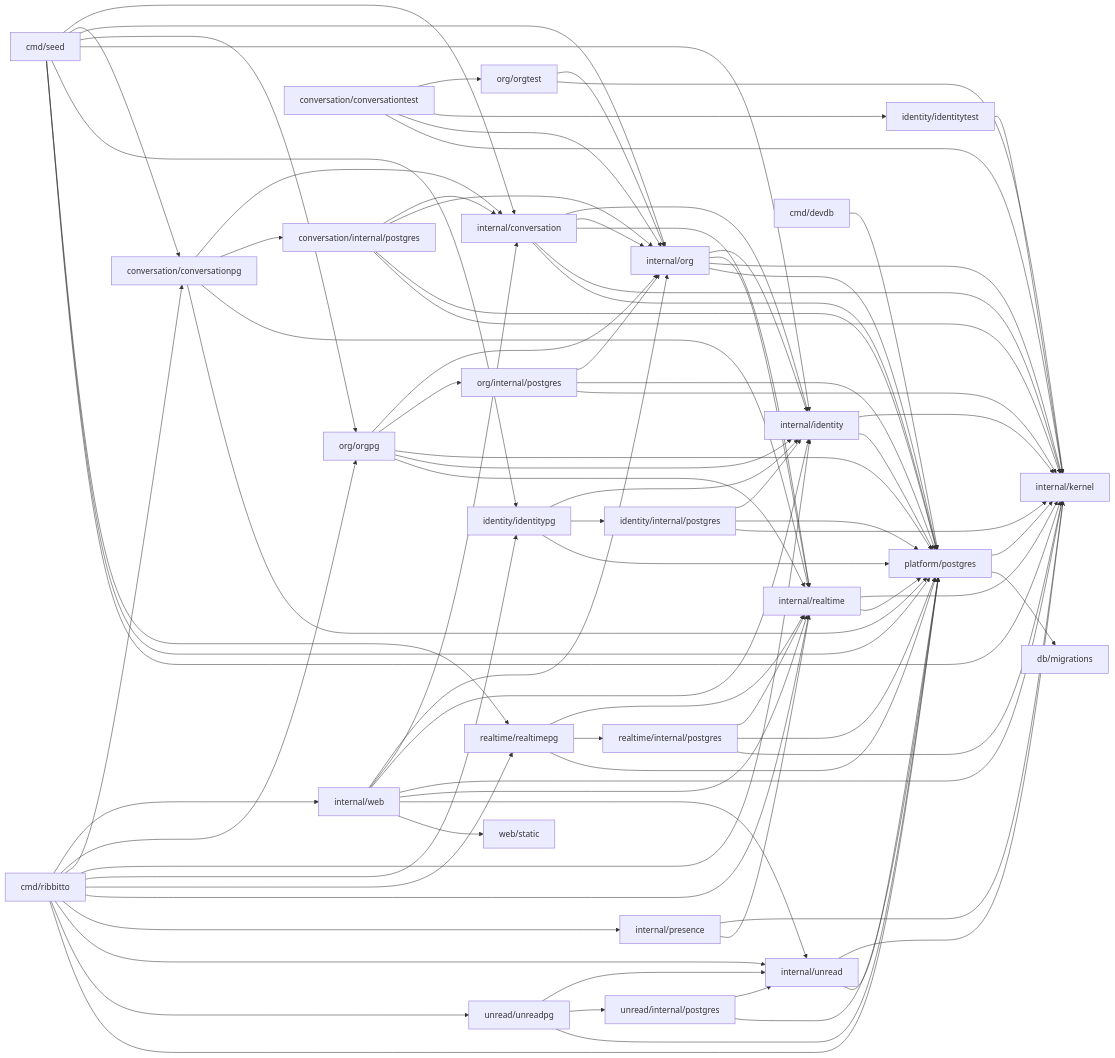
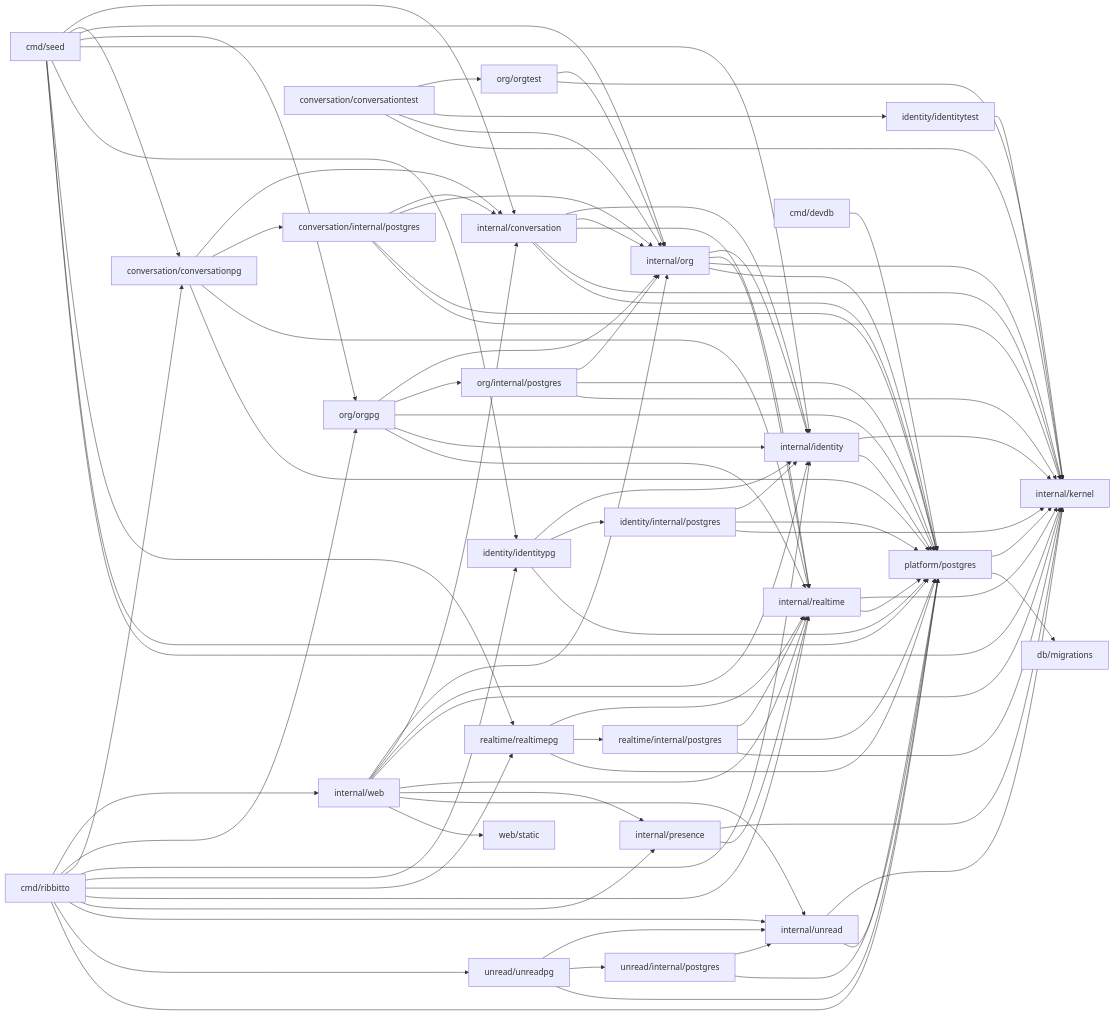
One commit to tkakkie/ribbitto changed the diagram in docs/architecture/packages.md. Above: the diagram before and after it, drawn with Mermaid. The commit also changed other lines of this file and 32 other files, not shown here.

First line of the commit message:
feat(web): show members' presence on the members page with live updates

````diff
--- a/docs/architecture/packages.md
+++ b/docs/architecture/packages.md
@@ -44,27 +44,27 @@
 ```mermaid
 flowchart LR
   cmd[cmd/ribbitto] --> web & orgpg[org/orgpg] & conversationpg[conversation/conversationpg] & identity & identitypg[identity/identitypg] & realtimepg & realtime & presence & unread & unreadpg & platform[platform/postgres]
   seed[cmd/seed] --> conversation & conversationpg & org & orgpg & identity & identitypg & realtimepg & platform & kernel
   devdb[cmd/devdb] --> platform
-  web[internal/web] --> org & conversation & identity & kernel & realtime & unread & static[web/static]
+  web[internal/web] --> org & conversation & identity & kernel & realtime & presence & unread & static[web/static]
   conversationpg --> conversation[internal/conversation] & cstore[conversation/internal/postgres] & realtime & platform
   conversation --> identity & org & realtime & kernel & platform
   cstore --> conversation & org & platform & kernel
   conversationtest[conversation/conversationtest] --> orgtest[org/orgtest] & identitytest[identity/identitytest] & org & kernel
   orgtest --> org & kernel
   identitytest --> kernel
   realtime[internal/realtime] --> kernel & platform
   realtimepg[realtime/realtimepg] --> realtime & rstore[realtime/internal/postgres] & platform
   rstore --> realtime & platform & kernel
   org[internal/org] --> identity & realtime & kernel & platform
   orgpg --> org & ostore[org/internal/postgres] & platform & identity & realtime
   ostore --> org & platform & kernel
   identity[internal/identity] --> kernel & platform
   identitypg --> identity & store[identity/internal/postgres] & platform
   store --> identity & platform & kernel
   presence[internal/presence] --> kernel & realtime
   unread[internal/unread] --> kernel & platform
   unreadpg[unread/unreadpg] --> unread & ustore[unread/internal/postgres] & platform
   ustore --> unread & platform
   platform --> kernel[internal/kernel] & migrations[db/migrations]
 ```
````
